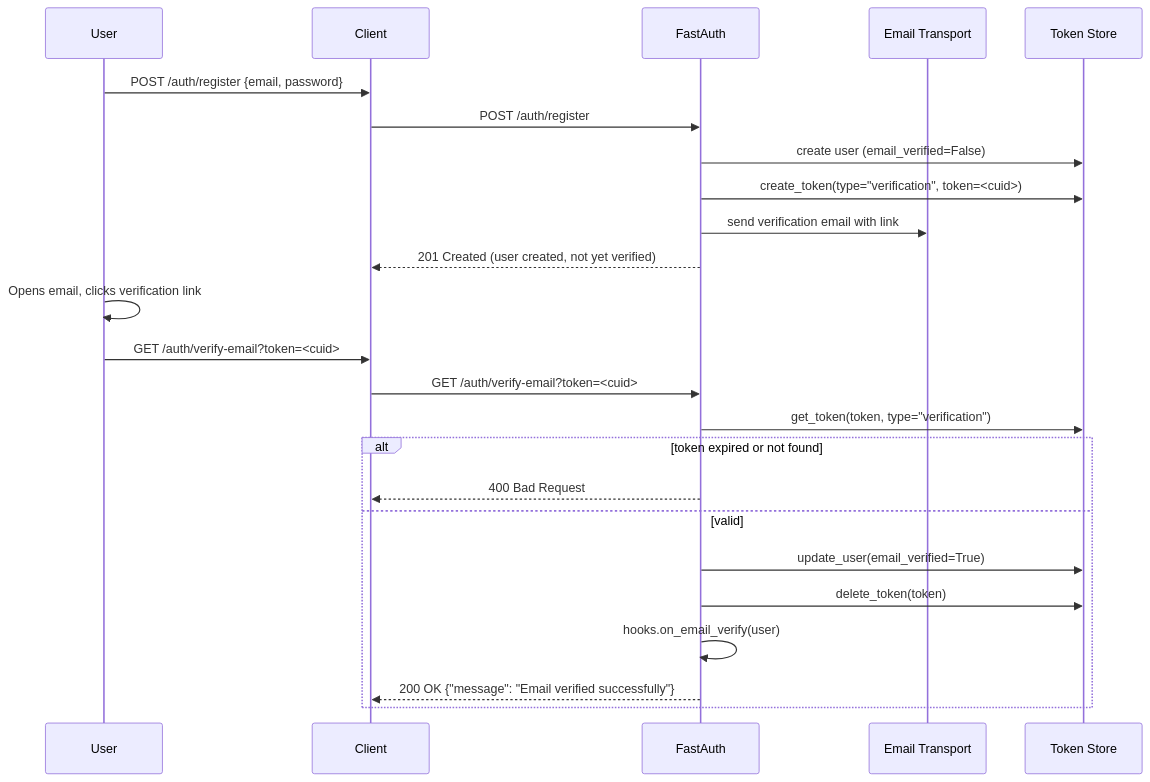
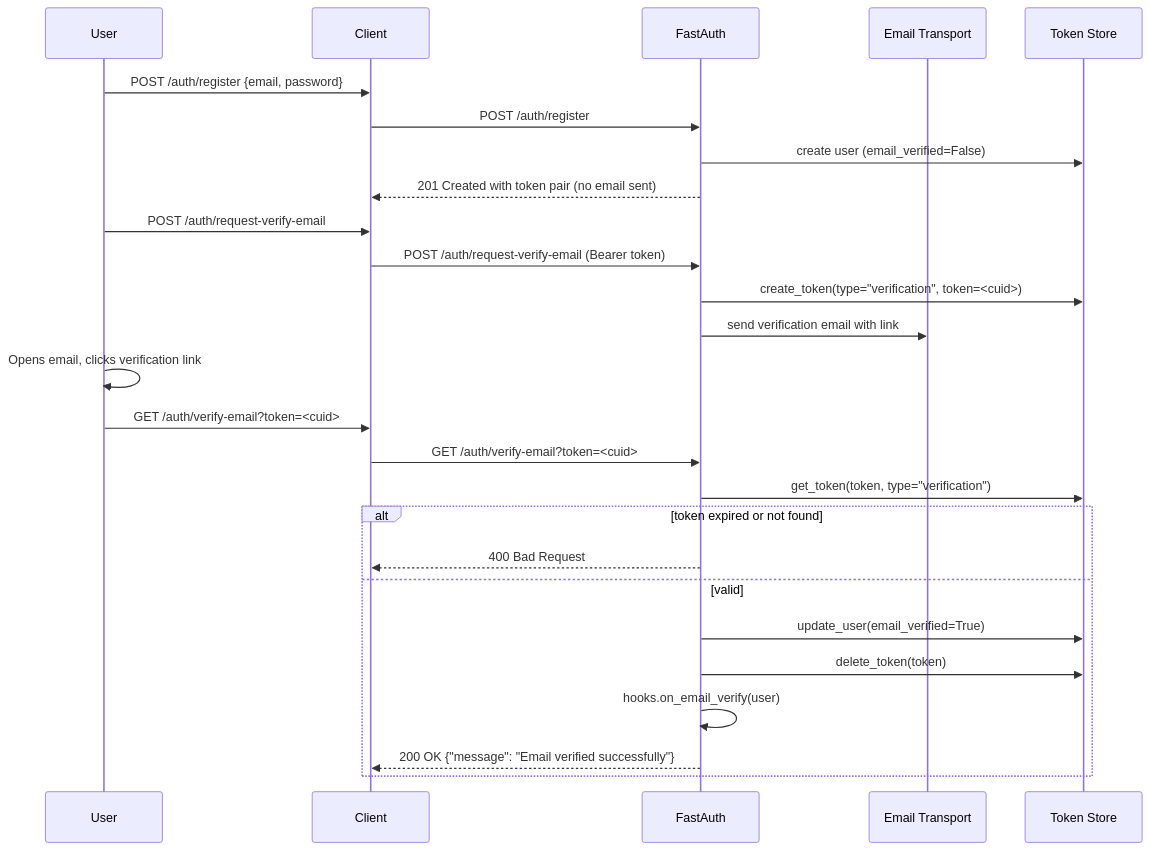
One commit to sreekarnv/fastauth changed the diagram in docs/features/email-verification.md. Above: the diagram before and after it, drawn with Mermaid. The commit also changed other lines of this file and 24 other files, not shown here.

````diff
--- a/docs/features/email-verification.md
+++ b/docs/features/email-verification.md
@@ -21,28 +38,31 @@
 ```mermaid
 sequenceDiagram
     participant U as User
     participant C as Client
     participant FA as FastAuth
     participant E as Email Transport
     participant DB as Token Store
 
     U->>C: POST /auth/register {email, password}
     C->>FA: POST /auth/register
     FA->>DB: create user (email_verified=False)
+    FA-->>C: 201 Created with token pair (no email sent)
+
+    U->>C: POST /auth/request-verify-email
+    C->>FA: POST /auth/request-verify-email (Bearer token)
     FA->>DB: create_token(type="verification", token=<cuid>)
     FA->>E: send verification email with link
-    FA-->>C: 201 Created (user created, not yet verified)
 
     U->>U: Opens email, clicks verification link
     U->>C: GET /auth/verify-email?token=<cuid>
     C->>FA: GET /auth/verify-email?token=<cuid>
     FA->>DB: get_token(token, type="verification")
     alt token expired or not found
         FA-->>C: 400 Bad Request
     else valid
         FA->>DB: update_user(email_verified=True)
         FA->>DB: delete_token(token)
         FA->>FA: hooks.on_email_verify(user)
         FA-->>C: 200 OK {"message": "Email verified successfully"}
     end
 ```
````
